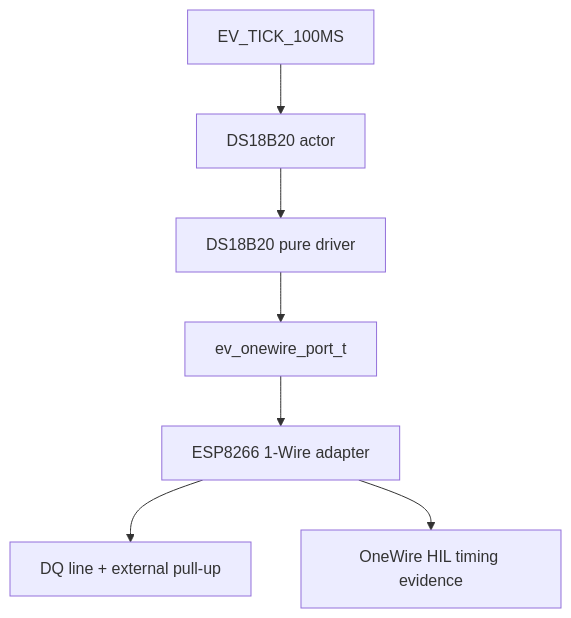
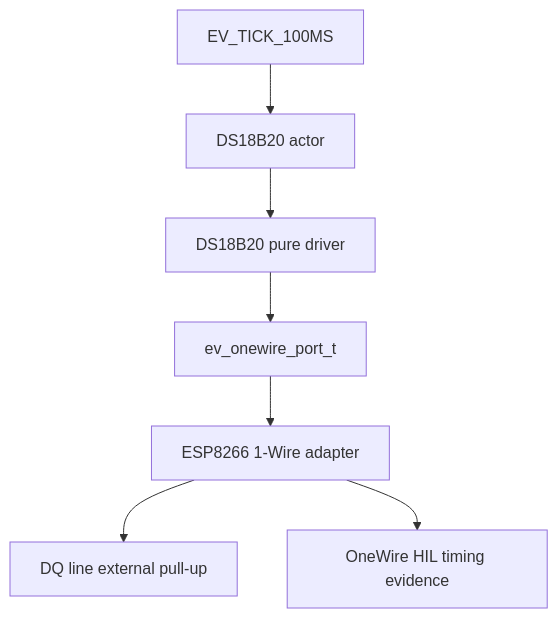
The eighth of 10 diagrams in README.md (wzurawski015/esp8266-event-driven-framework), drawn with Mermaid before and after one commit. The commit also changed other lines of this file, not shown here.

Commit message:
docs(readme): fix Mermaid diagrams and expand board usage guide

````diff
--- a/README.md
+++ b/README.md
@@ -629,17 +740,9 @@
 ```mermaid
 flowchart TD
-    Tick[EV_TICK_100MS]
-    Actor[DS18B20 actor]
-    Driver[DS18B20 pure driver]
-    Port[ev_onewire_port_t]
-    Adapter[ESP8266 1-Wire adapter]
-    DQ[DQ line + external pull-up]
-    Evidence[OneWire HIL timing evidence]
-
-    Tick --> Actor
-    Actor --> Driver
-    Driver --> Port
-    Port --> Adapter
-    Adapter --> DQ
-    Adapter --> Evidence
+    Tick["EV_TICK_100MS"] --> Actor["DS18B20 actor"]
+    Actor --> Driver["DS18B20 pure driver"]
+    Driver --> Port["ev_onewire_port_t"]
+    Port --> Adapter["ESP8266 1-Wire adapter"]
+    Adapter --> DQ["DQ line external pull-up"]
+    Adapter --> Evidence["OneWire HIL timing evidence"]
 ```
````
